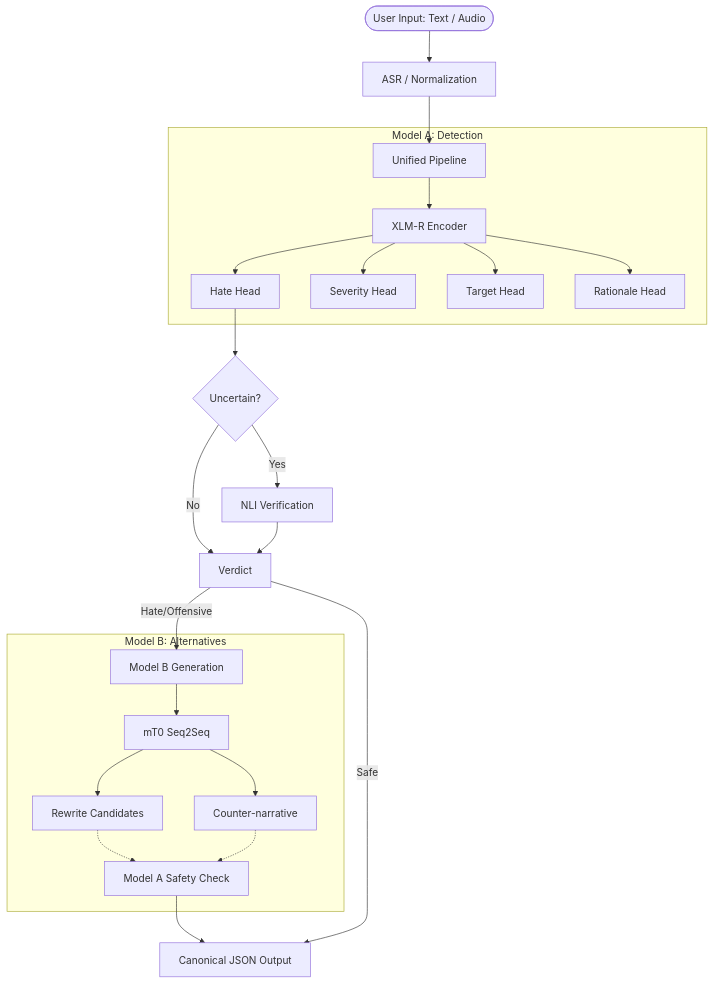
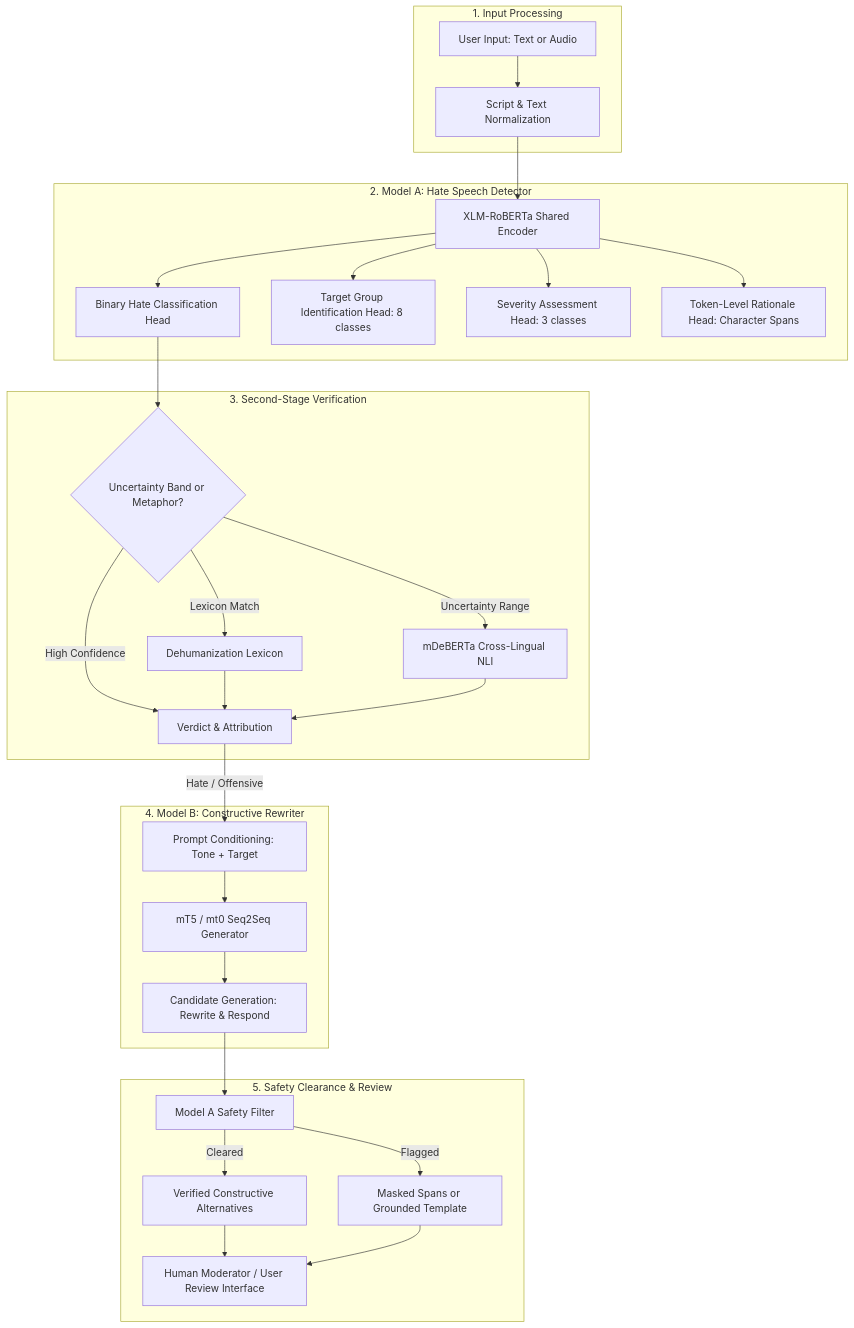
One commit to Kirethik/Hate-Speech-Detection changed the diagram in README.md. Above: the diagram before and after it, drawn with Mermaid. The commit also changed other lines of this file and 4 other files, not shown here.

First line of the commit message:
docs: README, architecture, integration guide and demo script

````diff
--- a/README.md
+++ b/README.md
@@ -7,31 +8,37 @@
 ```mermaid
-graph TD
-    User([User Input: Text / Audio]) --> ASR[ASR / Normalization]
-    ASR --> Pipeline[Unified Pipeline]
-    
-    subgraph Model A: Detection
-        Pipeline --> XLMR[XLM-R Encoder]
-        XLMR --> H[Hate Head]
-        XLMR --> S[Severity Head]
-        XLMR --> T[Target Head]
-        XLMR --> R[Rationale Head]
+flowchart TD
+    subgraph Input_Processing [1. Input Processing]
+        IN[User Input: Text or Audio] --> NORM[Script & Text Normalization]
     end
-    
-    H --> Gate{Uncertain?}
-    Gate -- Yes --> NLI[NLI Verification]
-    Gate -- No --> Decision[Verdict]
-    NLI --> Decision
-    
-    Decision -- "Hate/Offensive" --> GenGate[Model B Generation]
-    
-    subgraph Model B: Alternatives
-        GenGate --> MT0[mT0 Seq2Seq]
-        MT0 --> Rewrite[Rewrite Candidates]
-        MT0 --> Respond[Counter-narrative]
-        Rewrite -.-> A_Check[Model A Safety Check]
-        Respond -.-> A_Check
+
+    subgraph Neural_Detector [2. Model A: Hate Speech Detector]
+        NORM --> ENCODER[XLM-RoBERTa Shared Encoder]
+        ENCODER --> H1[Binary Hate Classification Head]
+        ENCODER --> H2[Target Group Identification Head: 8 classes]
+        ENCODER --> H3[Severity Assessment Head: 3 classes]
+        ENCODER --> H4[Token-Level Rationale Head: Character Spans]
     end
-    
-    A_Check --> Output[Canonical JSON Output]
-    Decision -- "Safe" --> Output
+
+    subgraph Hybrid_Verification [3. Second-Stage Verification]
+        H1 --> BAND{Uncertainty Band or Metaphor?}
+        BAND -->|High Confidence| DECISION[Verdict & Attribution]
+        BAND -->|Lexicon Match| LEX[Dehumanization Lexicon]
+        BAND -->|Uncertainty Range| NLI[mDeBERTa Cross-Lingual NLI]
+        LEX --> DECISION
+        NLI --> DECISION
+    end
+
+    subgraph Alternative_Generation [4. Model B: Constructive Rewriter]
+        DECISION -->|Hate / Offensive| COND[Prompt Conditioning: Tone + Target]
+        COND --> SEQ2SEQ[mT5 / mt0 Seq2Seq Generator]
+        SEQ2SEQ --> CAND[Candidate Generation: Rewrite & Respond]
+    end
+
+    subgraph Safety_Gating [5. Safety Clearance & Review]
+        CAND --> GATE[Model A Safety Filter]
+        GATE -->|Cleared| SAFE[Verified Constructive Alternatives]
+        GATE -->|Flagged| FALLBACK[Masked Spans or Grounded Template]
+        SAFE --> UI[Human Moderator / User Review Interface]
+        FALLBACK --> UI
+    end
 ```
````
